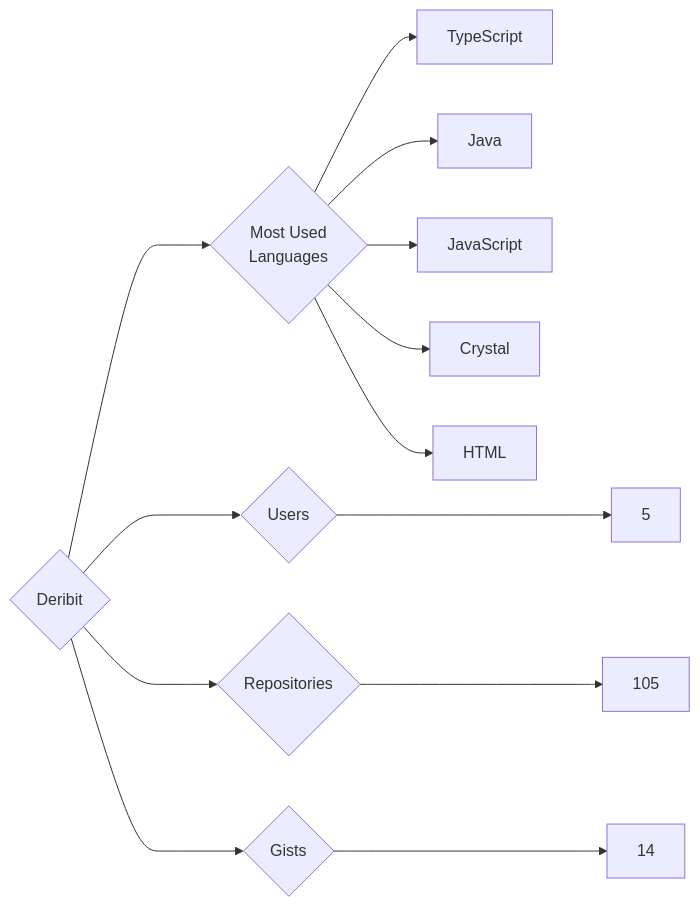
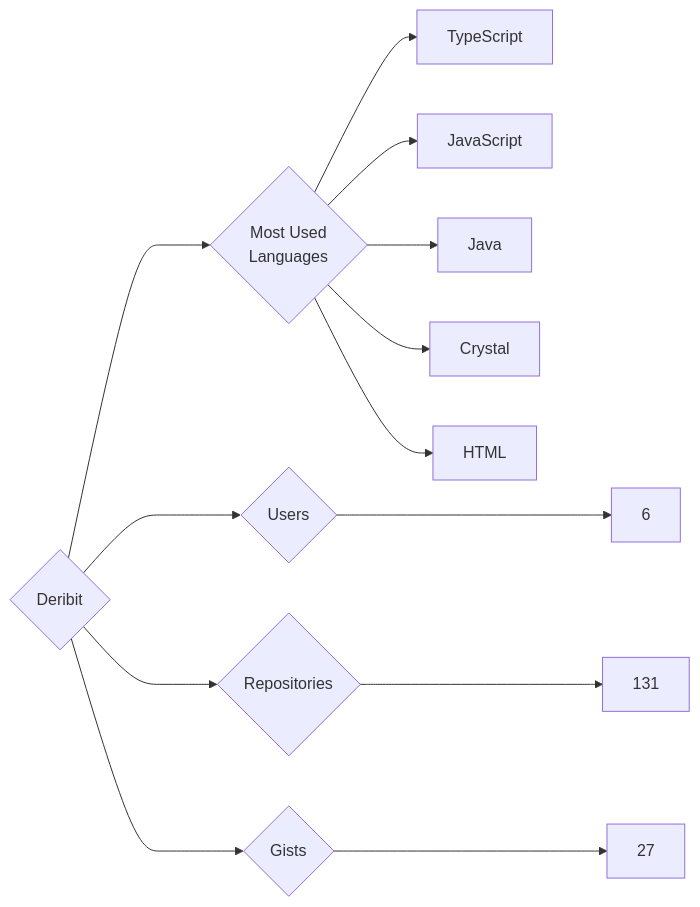
One commit to trickest/insiders changed the diagram in targets/Deribit/README.md. Above: the diagram before and after it, drawn with Mermaid. The commit also changed 594 other files, not shown here.

````diff
--- a/targets/Deribit/README.md
+++ b/targets/Deribit/README.md
@@ -3,13 +3,13 @@
 ```mermaid
 graph LR
 COMPANY_NAME{Deribit}
-COMPANY_NAME ---> U{Users} ---> UN[5]
-COMPANY_NAME ---> R{Repositories} ---> RN[105]
-COMPANY_NAME ---> G{Gists} ---> GN[14]
+COMPANY_NAME ---> U{Users} ---> UN[6]
+COMPANY_NAME ---> R{Repositories} ---> RN[131]
+COMPANY_NAME ---> G{Gists} ---> GN[27]
 COMPANY_NAME ---> ML{Most Used<br>Languages}
 ML --> TypeScript[TypeScript]
+ML --> JavaScript[JavaScript]
 ML --> Java[Java]
-ML --> JavaScript[JavaScript]
 ML --> Crystal[Crystal]
 ML --> HTML[HTML]
 ```
````
